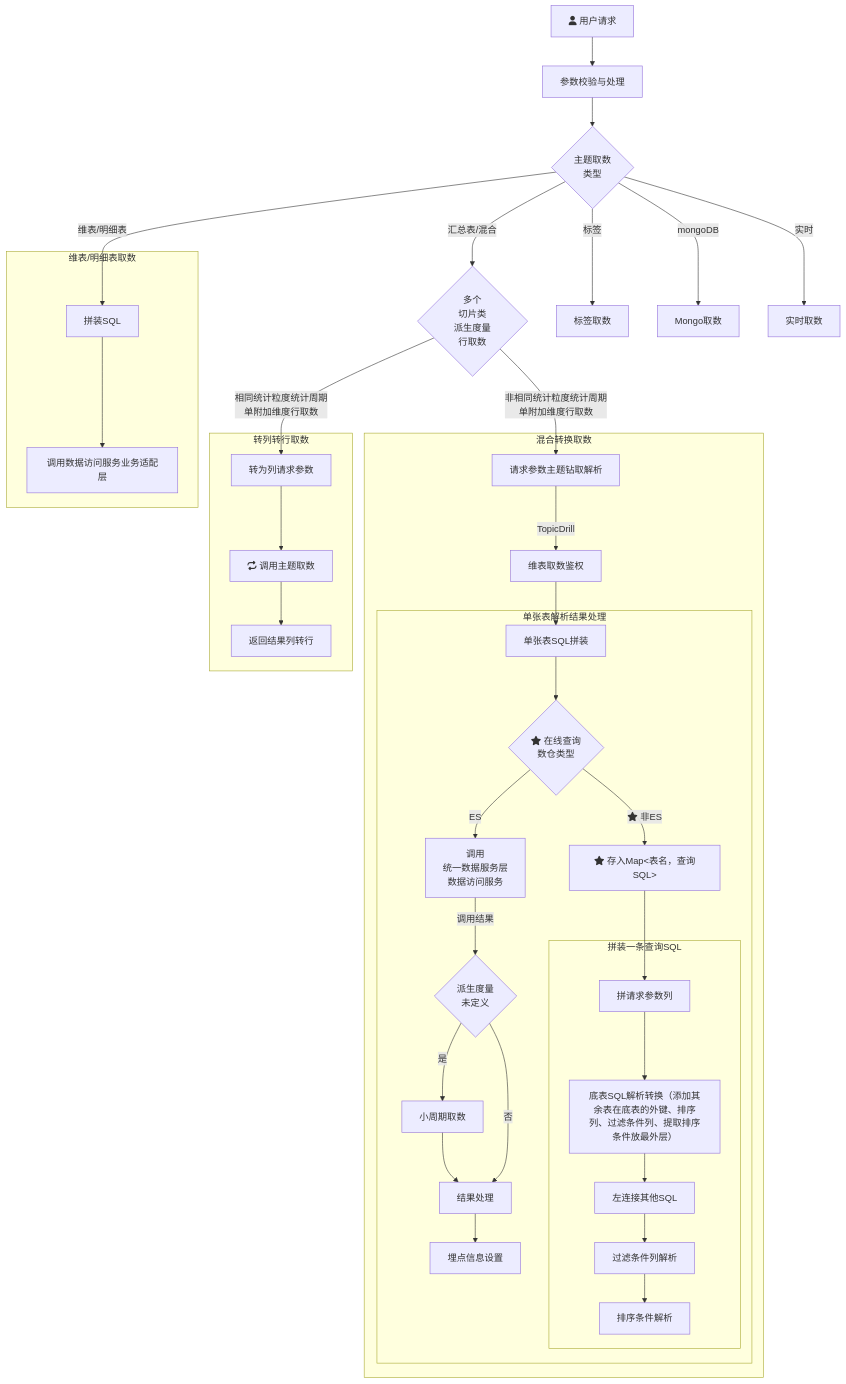
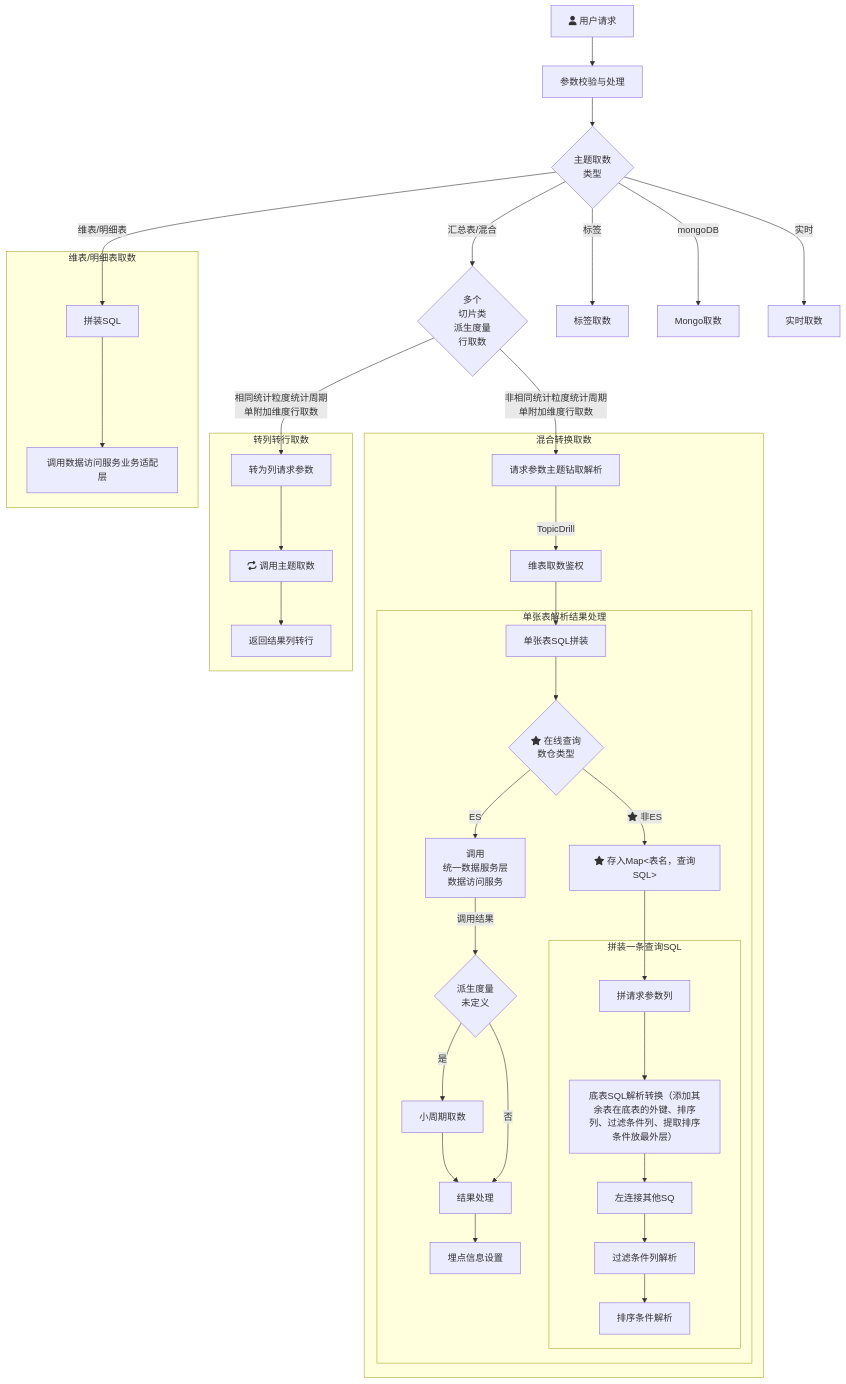
The diagram in all/未命名.md (yanglosm/iodraw-files), drawn with Mermaid before and after one commit.

Commit message:
2024-11-29 19:39:19 update

````diff
--- a/all/未命名.md
+++ b/all/未命名.md
@@ -1,30 +1,30 @@
 ```mermaid
 flowchart TD
     A[fa:fa-user 用户请求] -->A1[参数校验与处理] --> B{主题取数\n类型}
     B -->|维表/明细表| D[拼装SQL]
     B -->|汇总表/混合| E{多个\n切片类\n派生度量\n行取数}
     B -->|标签| F[标签取数]
     B -->|mongoDB| G[Mongo取数]
     B -->|实时| H[实时取数]
     E -->|相同统计粒度统计周期\n单附加维度行取数| E1[转为列请求参数]
     E -->|非相同统计粒度统计周期\n单附加维度行取数| T1[请求参数主题钻取解析]
     subgraph 维表/明细表取数
     D-->D1[调用数据访问服务业务适配层]
     end
     subgraph 转列转行取数
     E1-->E11[fa:fa-repeat 调用主题取数]-->E12[返回结果列转行]
     end
     subgraph 混合转换取数
     T1-->|TopicDrill| T2[维表取数鉴权] --> T31[单张表SQL拼装]
         subgraph 单张表解析结果处理
         T31 --> T4{fa:fa-star 在线查询\n数仓类型}-->|ES|T32[调用\n统一数据服务层\n数据访问服务] --> |调用结果|T33{派生度量\n未定义}
         T33 --> |是|T33_1[小周期取数]-->T34[结果处理]-->T35[埋点信息设置]
         T33 --> |否|T34
         T4 --> |fa:fa-star 非ES|T41["fa:fa-star 存入Map<表名，查询SQL>"]
         T41 --> T42[拼请求参数列]
             subgraph 拼装一条查询SQL
-            T42 --> M1[底表SQL解析转换（添加其余表在底表的外键、排序列、过滤条件列、提取排序条件放最外层）] --> M2[左连接其他SQL] --> 过滤条件列解析 --> 排序条件解析
+            T42 --> M1[底表SQL解析转换（添加其余表在底表的外键、排序列、过滤条件列、提取排序条件放最外层）] --> M2[左连接其他SQ] --> 过滤条件列解析 --> 排序条件解析
             end
         end
     end
 ```
````
